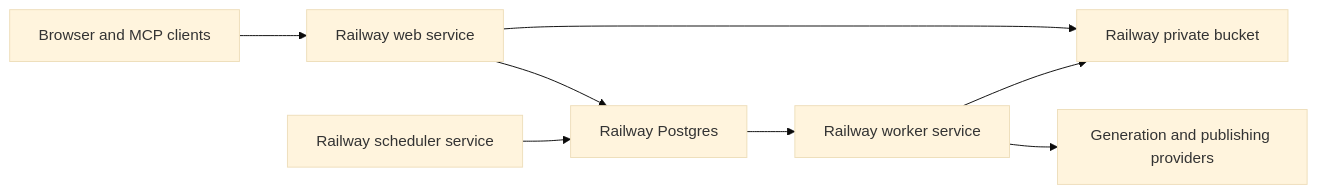
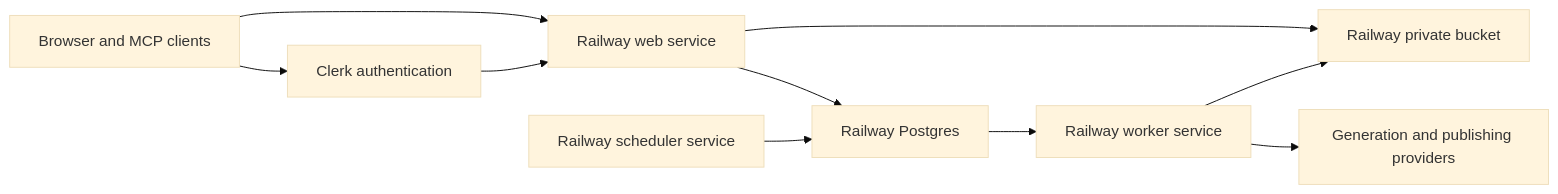
The diagram in docs/data/railway-migration.md (xk1234/cfarm), drawn with Mermaid (base theme) before and after one commit. The commit also changed other lines of this file and 40 other files, not shown here.

````diff
--- a/docs/data/railway-migration.md
+++ b/docs/data/railway-migration.md
@@ -11,10 +11,12 @@
 ```mermaid
 flowchart LR
-    Client["Browser and MCP clients"] --> Web["Railway web service"]
+    Client["Browser and MCP clients"] --> Clerk["Clerk authentication"]
+    Client --> Web["Railway web service"]
+    Clerk --> Web
     Web --> Postgres["Railway Postgres"]
     Web --> Bucket["Railway private bucket"]
     Scheduler["Railway scheduler service"] --> Postgres
     Postgres --> Worker["Railway worker service"]
     Worker --> Bucket
     Worker --> Providers["Generation and publishing providers"]
 ```
````
